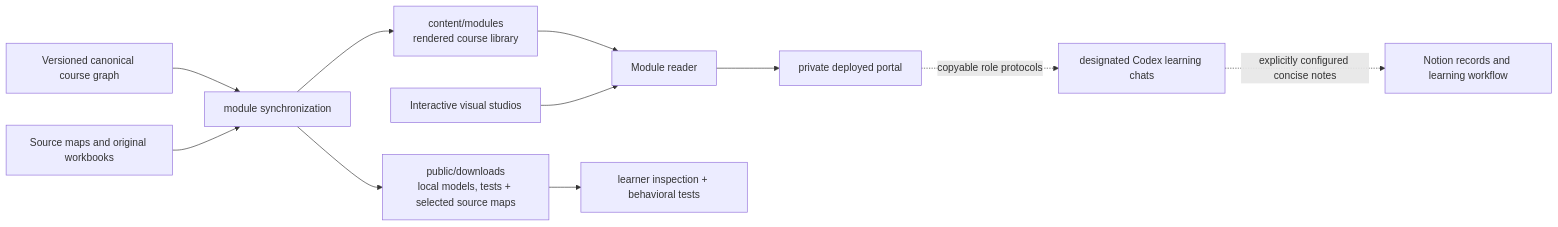
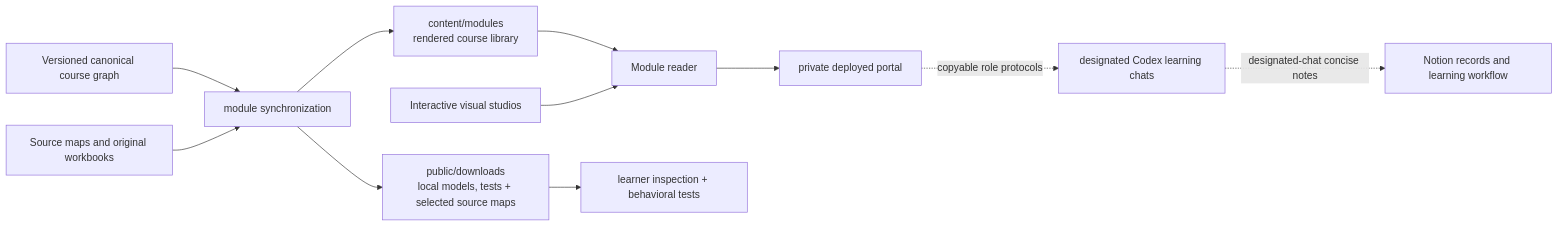
One commit to michaeliu3/atlas-academy-python-cs changed the diagram in docs/ARCHITECTURE.md. Above: the diagram before and after it, drawn with Mermaid. The commit also changed other lines of this file and 23 other files, not shown here.

Commit message:
Authorize designated Codex session notes

```diff
--- a/docs/ARCHITECTURE.md
+++ b/docs/ARCHITECTURE.md
@@ -9,13 +9,13 @@
 ~~~mermaid
 flowchart LR
     G["Versioned canonical course graph"] --> M["module synchronization"]
     S["Source maps and original workbooks"] --> M
     M --> L["content/modules<br>rendered course library"]
     M --> D["public/downloads<br>local models, tests + selected source maps"]
     L --> R["Module reader"]
     I["Interactive visual studios"] --> R
     D --> V["learner inspection + behavioral tests"]
     R --> P["private deployed portal"]
     P -. "copyable role protocols" .-> C["designated Codex learning chats"]
-    C -. "explicitly configured concise notes" .-> N["Notion records and learning workflow"]
+    C -. "designated-chat concise notes" .-> N["Notion records and learning workflow"]
 ~~~
```
